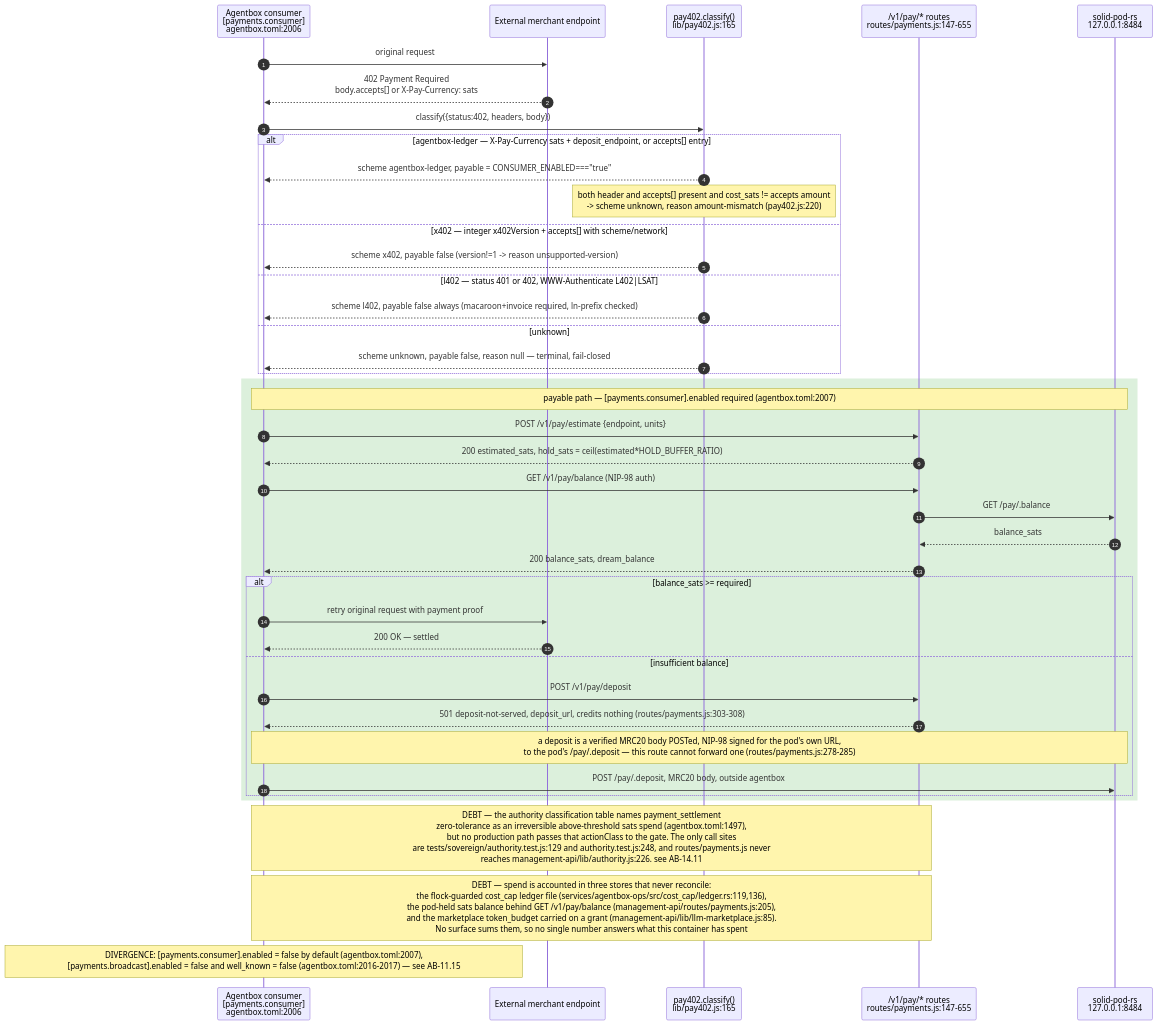
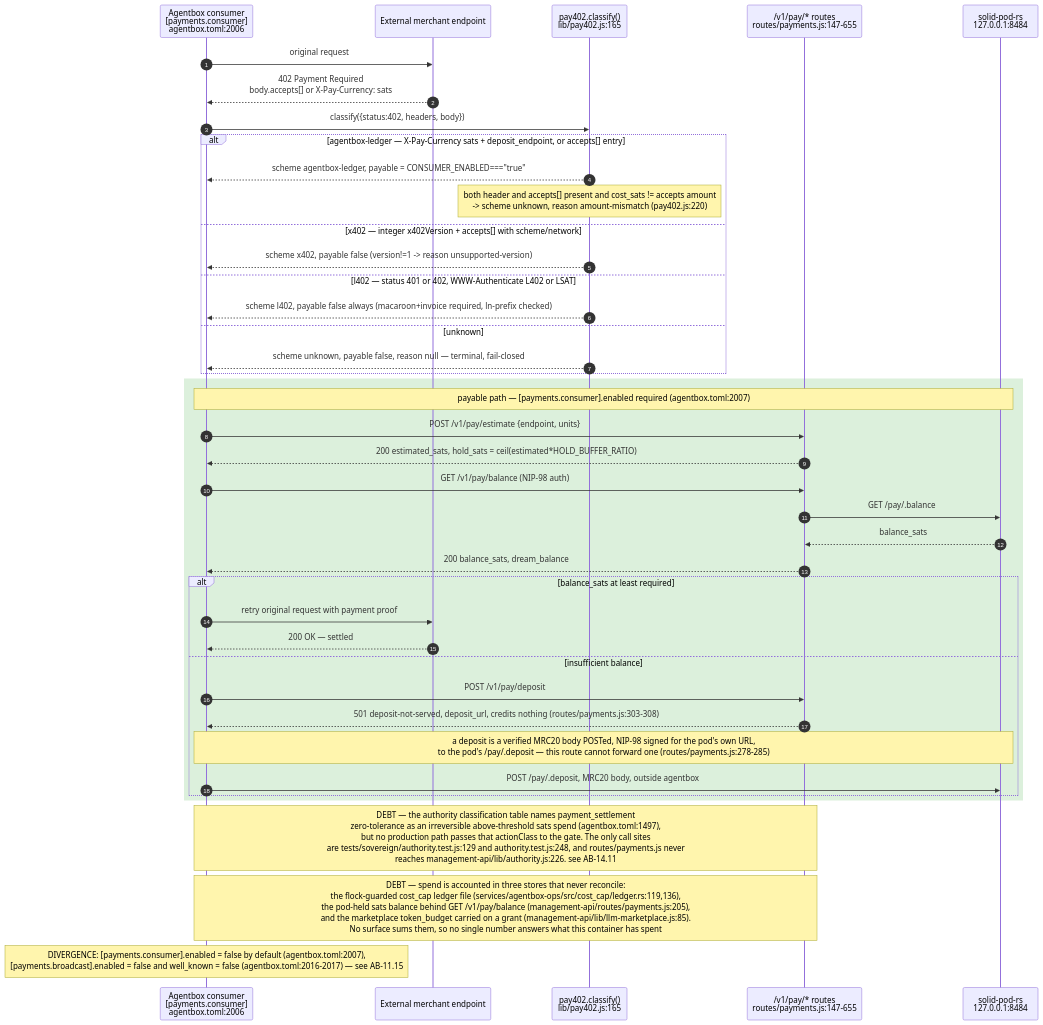
The sixth of 15 diagrams in docs/diagrams/agentbox/15-capability-gating-spend-consultants.md (DreamLab-AI/VisionFlow), drawn with Mermaid before and after one commit. The commit also changed other lines of this file and 18 other files, not shown here.

First line of the commit message:
docs(diagrams): successor-only repair convention and aliases in the gate; external-triage corpus fixes and register rows

````diff
--- a/docs/diagrams/agentbox/15-capability-gating-spend-consultants.md
+++ b/docs/diagrams/agentbox/15-capability-gating-spend-consultants.md
@@ -292,45 +292,45 @@
 ```mermaid
 sequenceDiagram
     autonumber
     participant Agent as Agentbox consumer<br/>[payments.consumer]<br/>agentbox.toml:2006
     participant Merchant as External merchant endpoint
     participant Classify as pay402.classify()<br/>lib/pay402.js:165
     participant Pay as /v1/pay/* routes<br/>routes/payments.js:147-655
     participant Pod as solid-pod-rs<br/>127.0.0.1:8484
 
     Agent->>Merchant: original request
     Merchant-->>Agent: 402 Payment Required<br/>body.accepts[] or X-Pay-Currency: sats
     Agent->>Classify: classify({status:402, headers, body})
     alt agentbox-ledger — X-Pay-Currency sats + deposit_endpoint, or accepts[] entry
         Classify-->>Agent: scheme agentbox-ledger, payable = CONSUMER_ENABLED==="true"
         Note over Classify: both header and accepts[] present and cost_sats != accepts amount<br/>-> scheme unknown, reason amount-mismatch (pay402.js:220)
     else x402 — integer x402Version + accepts[] with scheme/network
-        Classify-->>Agent: scheme x402, payable false #40;version!=1 -> reason unsupported-version#41;
-    else l402 — status 401 or 402, WWW-Authenticate L402#124;LSAT
-        Classify-->>Agent: scheme l402, payable false always #40;macaroon+invoice required, ln-prefix checked#41;
+        Classify-->>Agent: scheme x402, payable false (version!=1 -> reason unsupported-version)
+    else l402 — status 401 or 402, WWW-Authenticate L402 or LSAT
+        Classify-->>Agent: scheme l402, payable false always (macaroon+invoice required, ln-prefix checked)
     else unknown
         Classify-->>Agent: scheme unknown, payable false, reason null — terminal, fail-closed
     end
 
     rect rgb(220,240,220)
     Note over Agent,Pod: payable path — [payments.consumer].enabled required (agentbox.toml:2007)
     Agent->>Pay: POST /v1/pay/estimate {endpoint, units}
     Pay-->>Agent: 200 estimated_sats, hold_sats = ceil(estimated*HOLD_BUFFER_RATIO)
     Agent->>Pay: GET /v1/pay/balance (NIP-98 auth)
     Pay->>Pod: GET /pay/.balance
     Pod-->>Pay: balance_sats
     Pay-->>Agent: 200 balance_sats, dream_balance
-    alt balance_sats #62;#61; required
+    alt balance_sats at least required
         Agent->>Merchant: retry original request with payment proof
         Merchant-->>Agent: 200 OK — settled
     else insufficient balance
         Agent->>Pay: POST /v1/pay/deposit
         Pay-->>Agent: 501 deposit-not-served, deposit_url, credits nothing (routes/payments.js:303-308)
         Note over Agent,Pod: a deposit is a verified MRC20 body POSTed, NIP-98 signed for the pod's own URL,<br/>to the pod's /pay/.deposit — this route cannot forward one (routes/payments.js:278-285)
         Agent->>Pod: POST /pay/.deposit, MRC20 body, outside agentbox
     end
     end
     Note over Agent,Pay: DEBT — the authority classification table names payment_settlement<br/>zero-tolerance as an irreversible above-threshold sats spend (agentbox.toml:1497),<br/>but no production path passes that actionClass to the gate. The only call sites<br/>are tests/sovereign/authority.test.js:129 and authority.test.js:248, and routes/payments.js never<br/>reaches management-api/lib/authority.js:226. see AB-14.11
     Note over Agent,Pay: DEBT — spend is accounted in three stores that never reconcile:<br/>the flock-guarded cost_cap ledger file (services/agentbox-ops/src/cost_cap/ledger.rs:119,136),<br/>the pod-held sats balance behind GET /v1/pay/balance (management-api/routes/payments.js:205),<br/>and the marketplace token_budget carried on a grant (management-api/lib/llm-marketplace.js:85).<br/>No surface sums them, so no single number answers what this container has spent
-    Note over Agent: DIVERGENCE: #91;payments.consumer#93;.enabled = false by default #40;agentbox.toml:2007#41;,<br/>#91;payments.broadcast#93;.enabled = false and well_known = false #40;agentbox.toml:2016-2017#41; — see AB-11.15
+    Note over Agent: DIVERGENCE: [payments.consumer].enabled = false by default (agentbox.toml:2007),<br/>[payments.broadcast].enabled = false and well_known = false (agentbox.toml:2016-2017) — see AB-11.15
 ```
````
